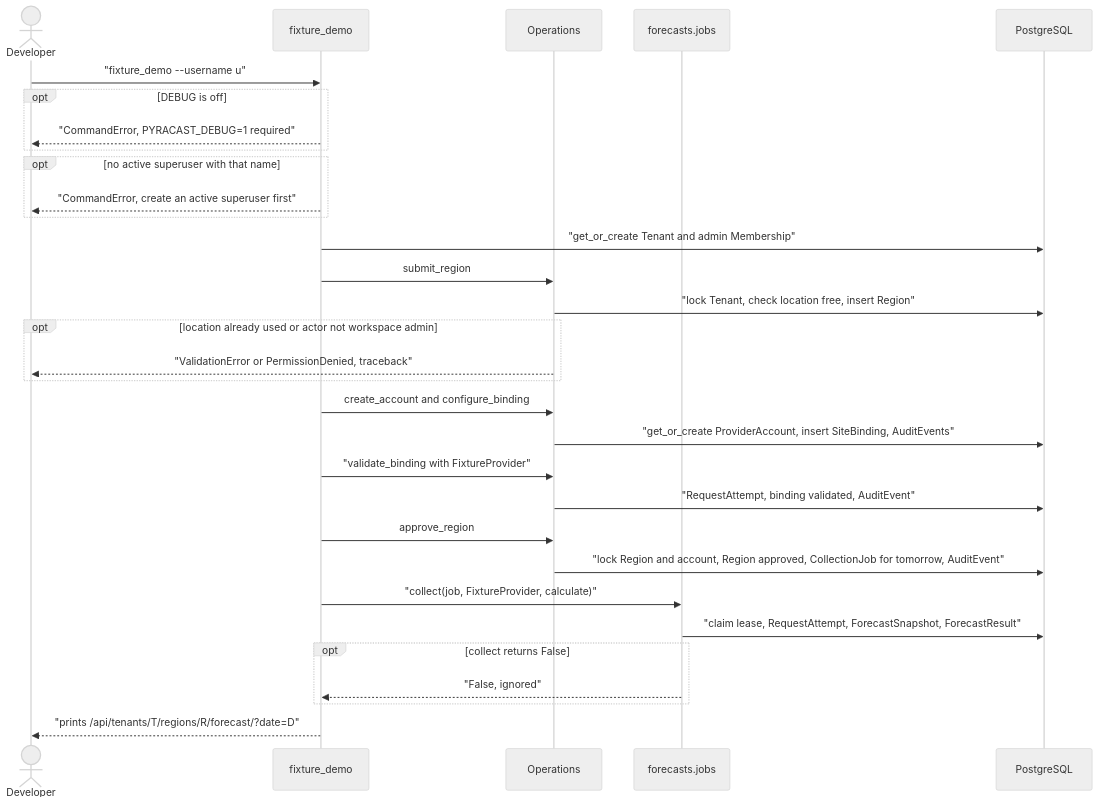
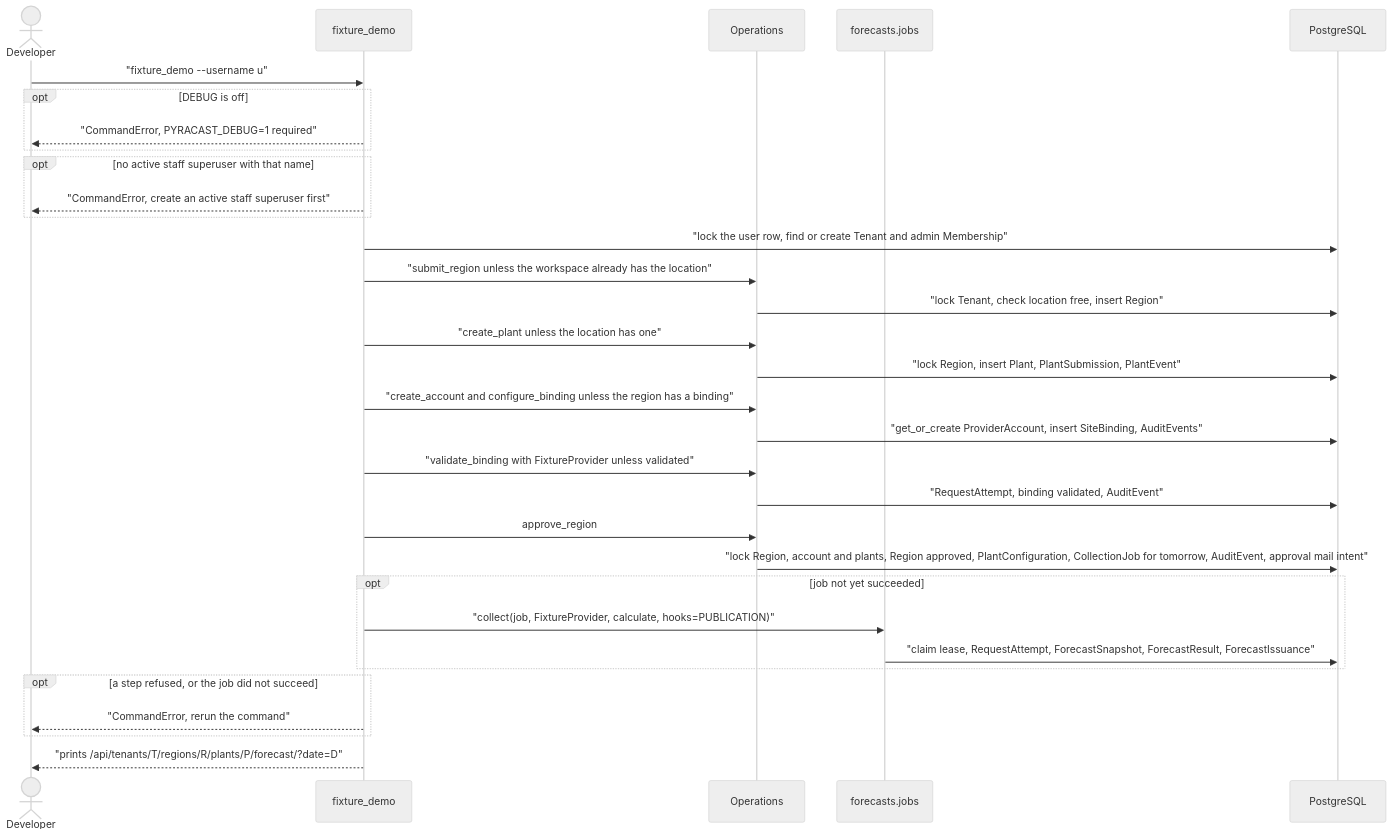
Before and after one commit to erkurtharun/pyracast: the diagram in docs/flows/fixture-demo.md, drawn with Mermaid (neutral theme). The commit also changed other lines of this file and 17 other files, not shown here.

First line of the commit message:
Bring the operations and delivery flow pages in line with the code

````diff
--- a/docs/flows/fixture-demo.md
+++ b/docs/flows/fixture-demo.md
@@ -12,33 +12,34 @@
 ```mermaid
 sequenceDiagram
     actor Dev as Developer
     participant C as fixture_demo
     participant O as Operations
     participant J as forecasts.jobs
     participant DB as PostgreSQL
     Dev->>C: "fixture_demo --username u"
     opt DEBUG is off
         C-->>Dev: "CommandError, PYRACAST_DEBUG=1 required"
     end
-    opt no active superuser with that name
-        C-->>Dev: "CommandError, create an active superuser first"
+    opt no active staff superuser with that name
+        C-->>Dev: "CommandError, create an active staff superuser first"
     end
-    C->>DB: "get_or_create Tenant and admin Membership"
-    C->>O: submit_region
+    C->>DB: "lock the user row, find or create Tenant and admin Membership"
+    C->>O: "submit_region unless the workspace already has the location"
     O->>DB: "lock Tenant, check location free, insert Region"
-    opt location already used or actor not workspace admin
-        O-->>Dev: "ValidationError or PermissionDenied, traceback"
-    end
-    C->>O: create_account and configure_binding
+    C->>O: "create_plant unless the location has one"
+    O->>DB: "lock Region, insert Plant, PlantSubmission, PlantEvent"
+    C->>O: "create_account and configure_binding unless the region has a binding"
     O->>DB: "get_or_create ProviderAccount, insert SiteBinding, AuditEvents"
-    C->>O: "validate_binding with FixtureProvider"
+    C->>O: "validate_binding with FixtureProvider unless validated"
     O->>DB: "RequestAttempt, binding validated, AuditEvent"
     C->>O: approve_region
-    O->>DB: "lock Region and account, Region approved, CollectionJob for tomorrow, AuditEvent"
-    C->>J: "collect(job, FixtureProvider, calculate)"
-    J->>DB: "claim lease, RequestAttempt, ForecastSnapshot, ForecastResult"
-    opt collect returns False
-        J-->>C: "False, ignored"
+    O->>DB: "lock Region, account and plants, Region approved, PlantConfiguration, CollectionJob for tomorrow, AuditEvent, approval mail intent"
+    opt job not yet succeeded
+        C->>J: "collect(job, FixtureProvider, calculate, hooks=PUBLICATION)"
+        J->>DB: "claim lease, RequestAttempt, ForecastSnapshot, ForecastResult, ForecastIssuance"
     end
-    C-->>Dev: "prints /api/tenants/T/regions/R/forecast/?date=D"
+    opt a step refused, or the job did not succeed
+        C-->>Dev: "CommandError, rerun the command"
+    end
+    C-->>Dev: "prints /api/tenants/T/regions/R/plants/P/forecast/?date=D"
 ```
````
